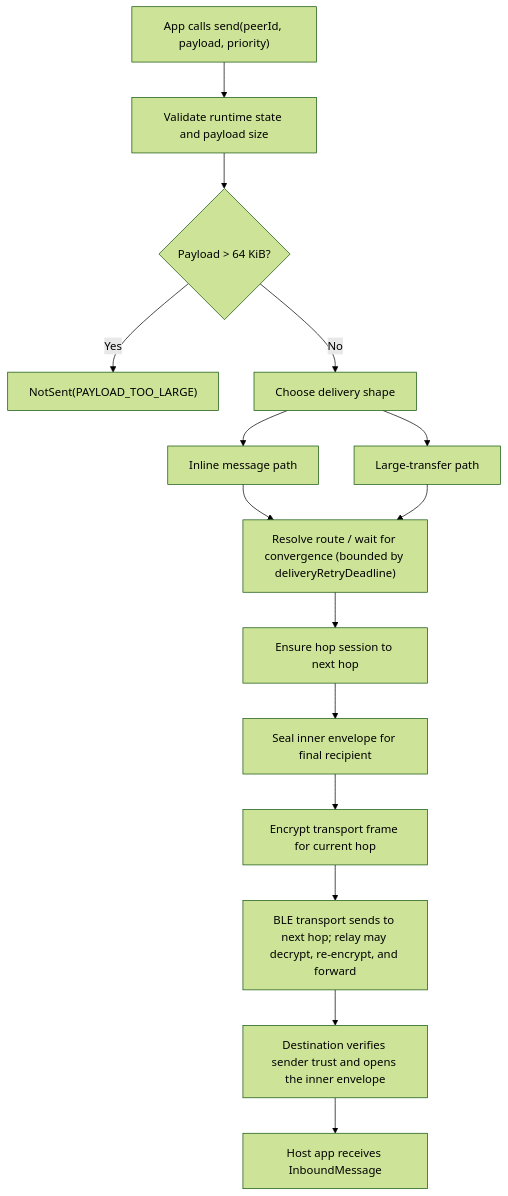
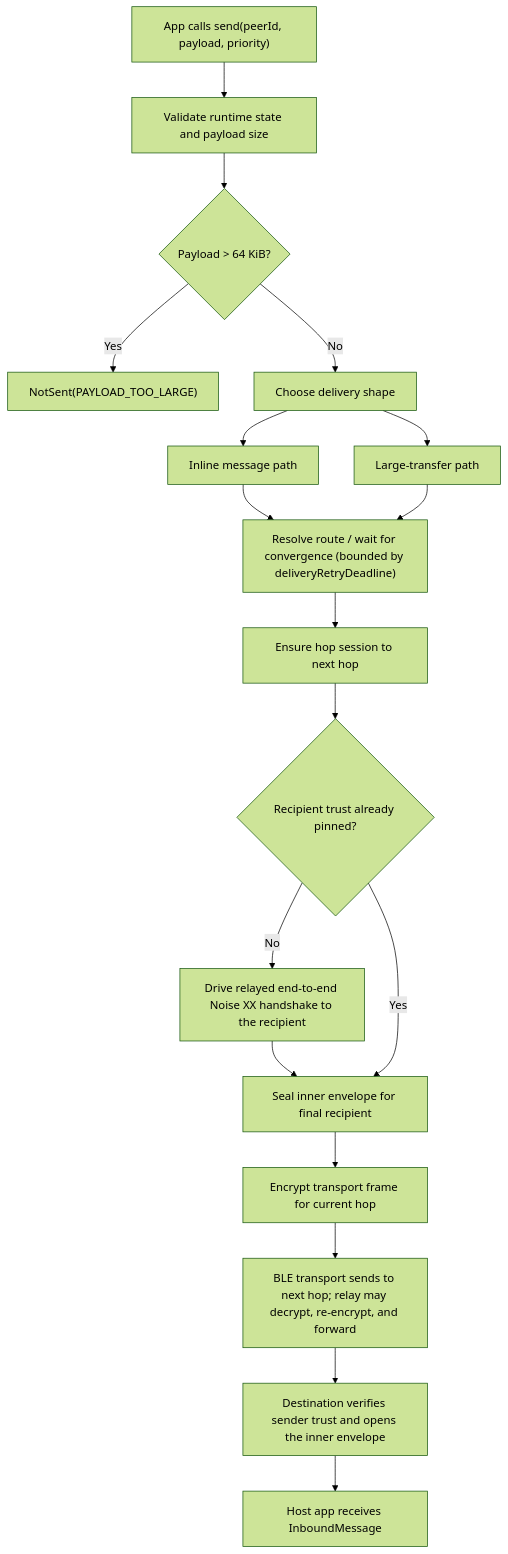
Before and after one commit to trancee/MeshLink: the fourth of 7 diagrams in docs/explanation/about-how-meshlink-works.md, drawn with Mermaid (forest theme). The commit also changed other lines of this file and 2 other files, not shown here.

First line of the commit message:
docs(explanation): document H1/H3/H4 trust and mesh-domain fixes

````diff
--- a/docs/explanation/about-how-meshlink-works.md
+++ b/docs/explanation/about-how-meshlink-works.md
@@ -148,17 +181,20 @@
 ```mermaid
 flowchart TD
     Send["App calls send(peerId, payload, priority)"] --> Validate["Validate runtime state and payload size"]
     Validate --> Size{"Payload > 64 KiB?"}
     Size -- Yes --> Reject["NotSent(PAYLOAD_TOO_LARGE)"]
     Size -- No --> Shape["Choose delivery shape"]
     Shape --> Inline["Inline message path"]
     Shape --> Transfer["Large-transfer path"]
     Inline --> Route["Resolve route / wait for convergence (bounded by deliveryRetryDeadline)"]
     Transfer --> Route
     Route --> Session["Ensure hop session to next hop"]
-    Session --> Seal["Seal inner envelope for final recipient"]
+    Session --> Trust{"Recipient trust already pinned?"}
+    Trust -- No --> E2E["Drive relayed end-to-end Noise XX handshake to the recipient"]
+    E2E --> Seal
+    Trust -- Yes --> Seal["Seal inner envelope for final recipient"]
     Seal --> Encrypt["Encrypt transport frame for current hop"]
     Encrypt --> Relay["BLE transport sends to next hop; relay may decrypt, re-encrypt, and forward"]
     Relay --> Verify["Destination verifies sender trust and opens the inner envelope"]
     Verify --> Receive["Host app receives InboundMessage"]
 ```
````
